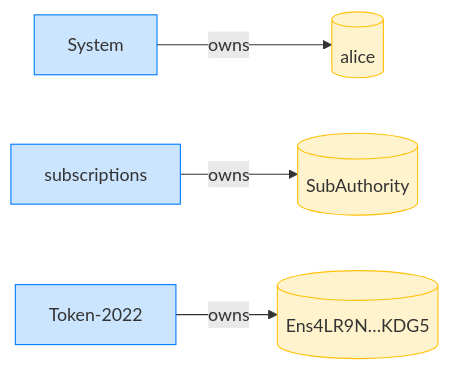
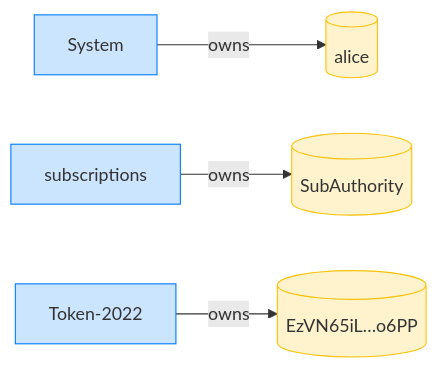
Before and after one commit to cds-rs/subscriptions: the fourth of 4 diagrams in dsl_tests/initialize-over-a-token-2022-mint-----.md, drawn with Mermaid. The commit also changed other lines of this file and 224 other files, not shown here.

````diff
--- a/dsl_tests/initialize-over-a-token-2022-mint-----.md
+++ b/dsl_tests/initialize-over-a-token-2022-mint-----.md
@@ -73,14 +78,14 @@
 ```mermaid
 flowchart LR
     classDef owner fill:#cce5ff,stroke:#007bff;
     classDef account fill:#fff3cd,stroke:#ffc107;
     System[System]:::owner
     alice[(alice)]:::account
     subscriptions[subscriptions]:::owner
     SubAuthority[(SubAuthority)]:::account
     Token_2022["Token-2022"]:::owner
-    Ens4LR9N_KDG5[("Ens4LR9N…KDG5")]:::account
+    EzVN65iL_o6PP[("EzVN65iL…o6PP")]:::account
     System -->|owns| alice
     subscriptions -->|owns| SubAuthority
-    Token_2022 -->|owns| Ens4LR9N_KDG5
+    Token_2022 -->|owns| EzVN65iL_o6PP
 ```
````
